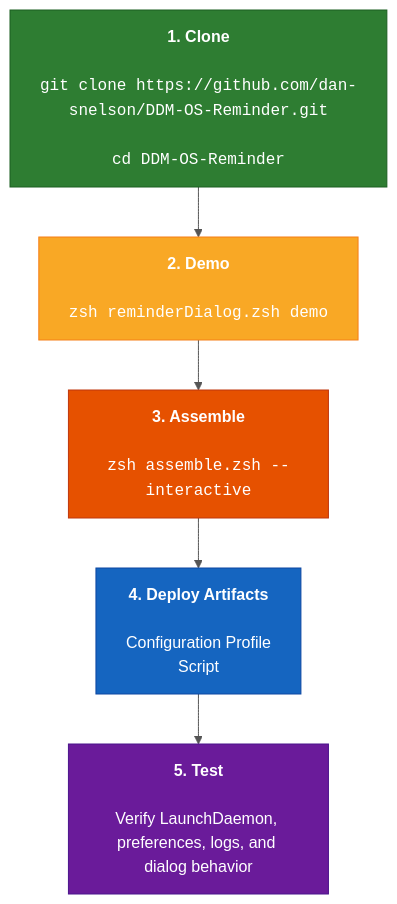
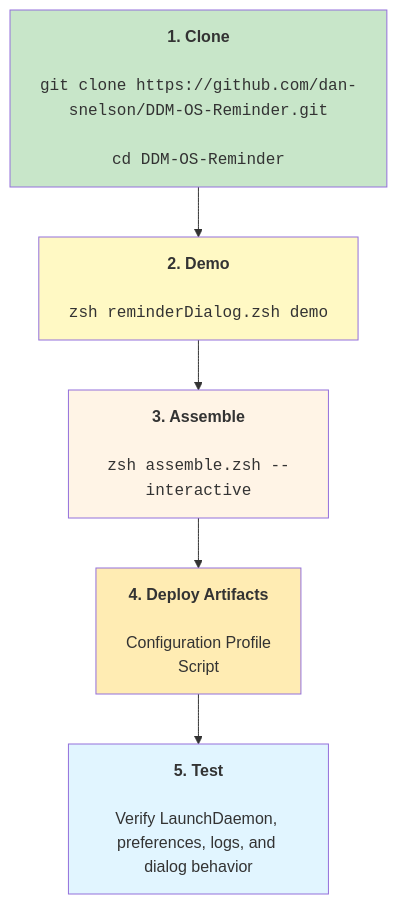
One commit to dan-snelson/DDM-OS-Reminder changed the diagram in Diagrams/00-overview.md. Above: the diagram before and after it, drawn with Mermaid.

````diff
--- a/Diagrams/00-overview.md
+++ b/Diagrams/00-overview.md
@@ -5,23 +5,16 @@
 ```mermaid
-%%{init: {'themeVariables': {'lineColor': '#555555', 'fontFamily': 'monospace'}}}%%
 flowchart TD
     Clone["<b>1. Clone</b><br/><br/><code>git&nbsp;clone&nbsp;https://github.com/dan-snelson/DDM-OS-Reminder.git</code><br/><br/><code>cd&nbsp;DDM-OS-Reminder</code>"]
     Demo["<b>2. Demo</b><br/><br/><code>zsh&nbsp;reminderDialog.zsh&nbsp;demo</code>"]
     Assemble["<b>3. Assemble</b><br/><br/><code>zsh&nbsp;assemble.zsh&nbsp;--interactive</code>"]
     Deploy["<b>4. Deploy Artifacts</b><br/><br/>Configuration Profile<br/>Script"]
     Test["<b>5. Test</b><br/><br/>Verify LaunchDaemon, preferences, logs, and dialog behavior"]
 
     Clone --> Demo --> Assemble --> Deploy --> Test
 
-    classDef clone    fill:#2e7d32,color:#ffffff,stroke:#1b5e20
-    classDef demo     fill:#f9a825,color:#ffffff,stroke:#f57f17
-    classDef assemble fill:#e65100,color:#ffffff,stroke:#bf360c
-    classDef deploy   fill:#1565c0,color:#ffffff,stroke:#0d47a1
-    classDef test     fill:#6a1b9a,color:#ffffff,stroke:#4a148c
-
-    class Clone clone
-    class Demo demo
-    class Assemble assemble
-    class Deploy deploy
-    class Test test
+    style Clone fill:#c8e6c9
+    style Demo fill:#fff9c4
+    style Assemble fill:#fff4e6
+    style Deploy fill:#ffecb3
+    style Test fill:#e1f5ff
 ```
````
